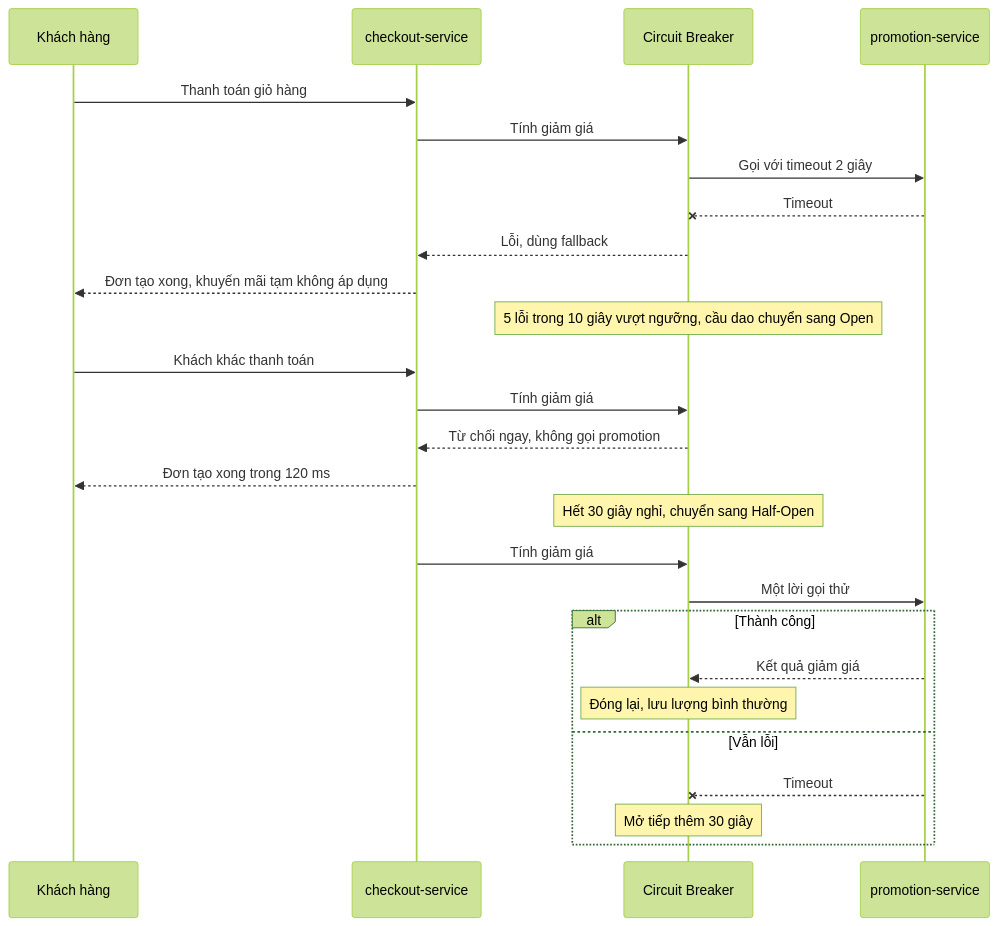
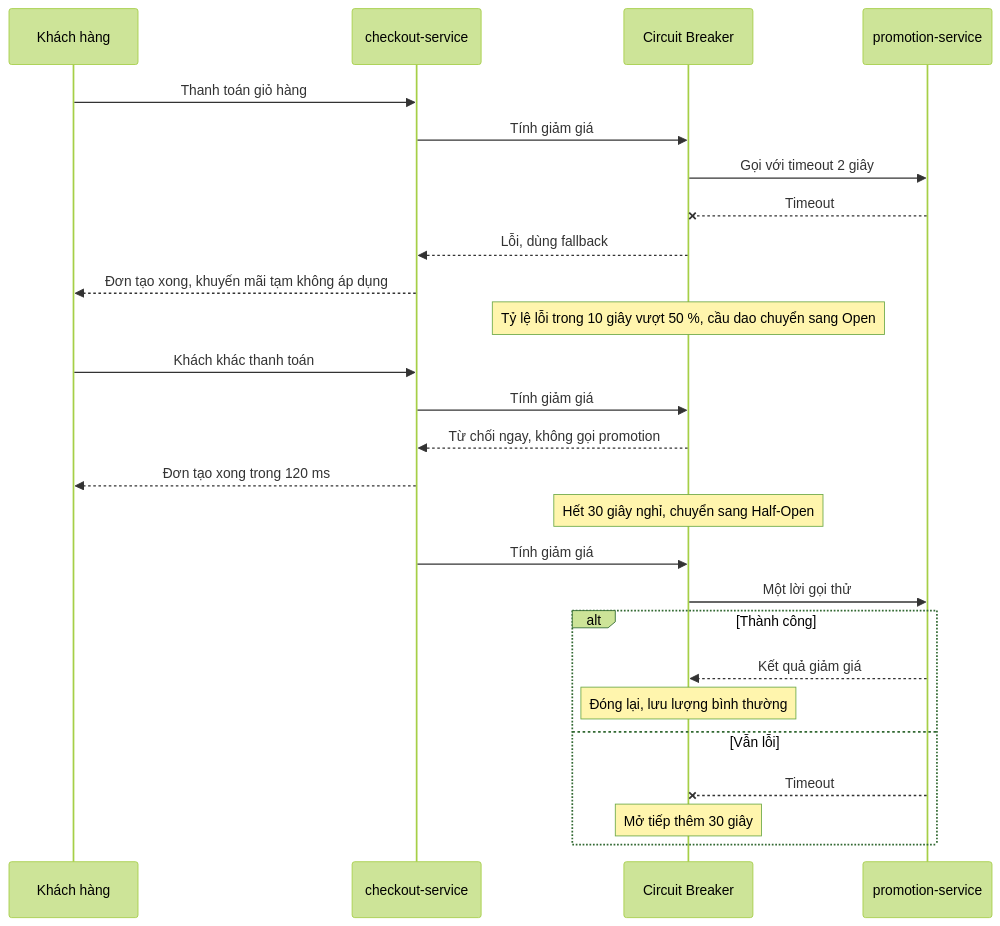
Before and after one commit to nguyenquochuy2311/system-design-nestjs: the second of 3 diagrams in 07-backend-microservices/03-circuit-breaker-service-khuyen-mai-cham-lam-sap-checkout/README.md, drawn with Mermaid (forest theme). The commit also changed other lines of this file and 32 other files, not shown here.

````diff
--- a/07-backend-microservices/03-circuit-breaker-service-khuyen-mai-cham-lam-sap-checkout/README.md
+++ b/07-backend-microservices/03-circuit-breaker-service-khuyen-mai-cham-lam-sap-checkout/README.md
@@ -76,28 +76,28 @@
 ```mermaid
 sequenceDiagram
   participant KH as Khách hàng
   participant CK as checkout-service
   participant CB as Circuit Breaker
   participant PR as promotion-service
   KH->>CK: Thanh toán giỏ hàng
   CK->>CB: Tính giảm giá
   CB->>PR: Gọi với timeout 2 giây
   PR--xCB: Timeout
   CB-->>CK: Lỗi, dùng fallback
   CK-->>KH: Đơn tạo xong, khuyến mãi tạm không áp dụng
-  Note over CB: 5 lỗi trong 10 giây vượt ngưỡng, cầu dao chuyển sang Open
+  Note over CB: Tỷ lệ lỗi trong 10 giây vượt 50 %, cầu dao chuyển sang Open
   KH->>CK: Khách khác thanh toán
   CK->>CB: Tính giảm giá
   CB-->>CK: Từ chối ngay, không gọi promotion
   CK-->>KH: Đơn tạo xong trong 120 ms
   Note over CB: Hết 30 giây nghỉ, chuyển sang Half-Open
   CK->>CB: Tính giảm giá
   CB->>PR: Một lời gọi thử
   alt Thành công
     PR-->>CB: Kết quả giảm giá
     Note over CB: Đóng lại, lưu lượng bình thường
   else Vẫn lỗi
     PR--xCB: Timeout
     Note over CB: Mở tiếp thêm 30 giây
   end
 ```
````
